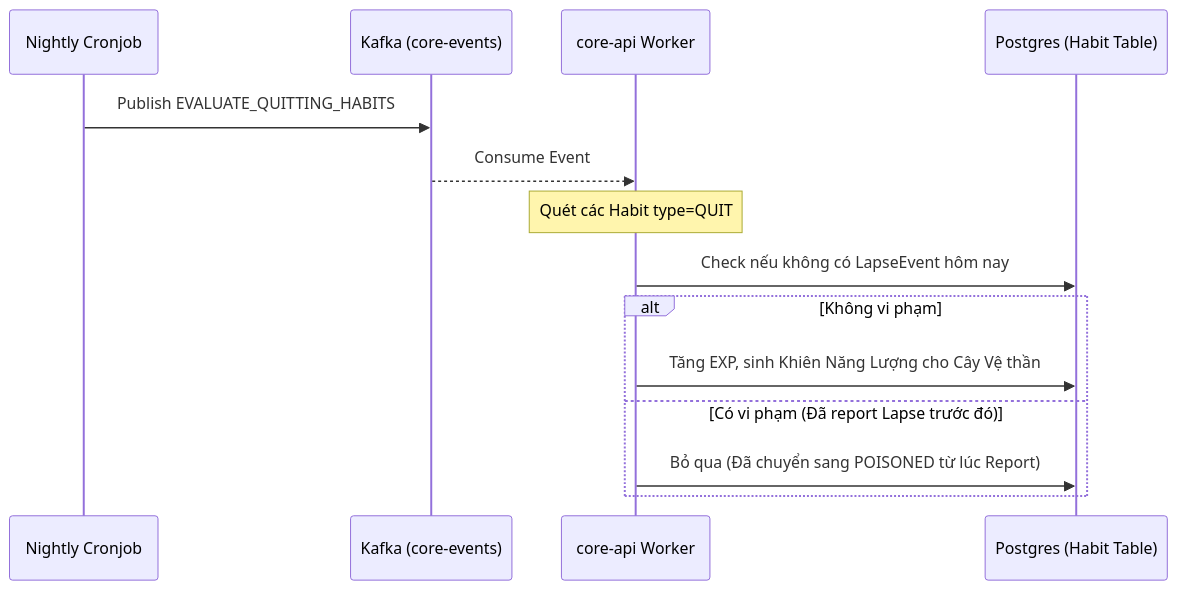
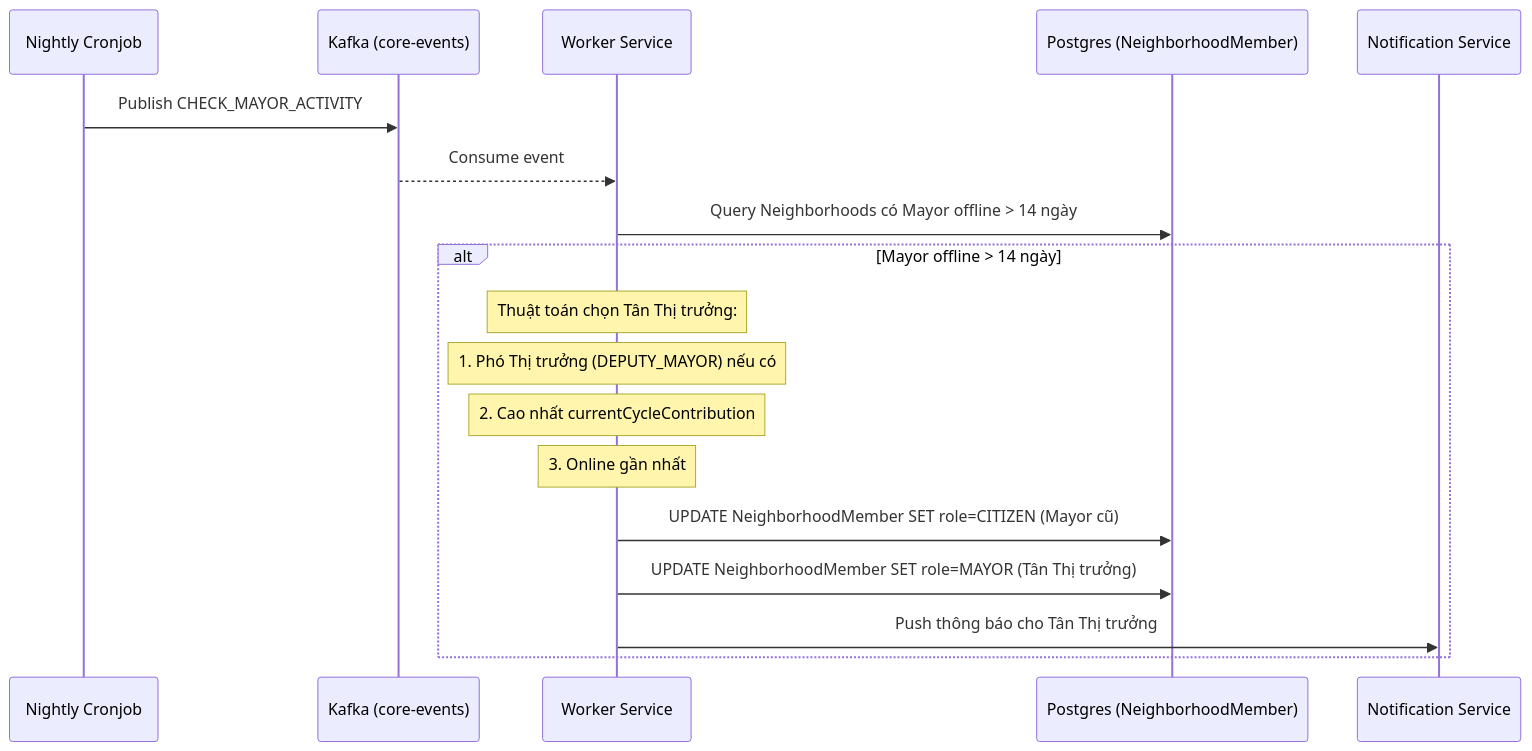
The fifth of 6 diagrams in docs/03_system_architecture_diagrams.md (minhle106cse/distributed-social-platform), drawn with Mermaid before and after one commit. The commit also changed other lines of this file and 11 other files, not shown here.

````diff
--- a/docs/03_system_architecture_diagrams.md
+++ b/docs/03_system_architecture_diagrams.md
@@ -198,17 +214,22 @@
 ```mermaid
 sequenceDiagram
     participant Cronjob as Nightly Cronjob
     participant Kafka as Kafka (core-events)
-    participant Worker as core-api Worker
-    participant DB as Postgres (Habit Table)
+    participant Worker as Worker Service
+    participant DB as Postgres (NeighborhoodMember)
+    participant NotifSvc as Notification Service
 
-    Cronjob->>Kafka: Publish EVALUATE_QUITTING_HABITS
-    Kafka-->>Worker: Consume Event
-    Note over Worker: Quét các Habit type=QUIT
-    Worker->>DB: Check nếu không có LapseEvent hôm nay
-    alt Không vi phạm
-        Worker->>DB: Tăng EXP, sinh Khiên Năng Lượng cho Cây Vệ thần
-    else Có vi phạm (Đã report Lapse trước đó)
-        Worker->>DB: Bỏ qua (Đã chuyển sang POISONED từ lúc Report)
+    Cronjob->>Kafka: Publish CHECK_MAYOR_ACTIVITY
+    Kafka-->>Worker: Consume event
+    Worker->>DB: Query Neighborhoods có Mayor offline > 14 ngày
+
+    alt Mayor offline > 14 ngày
+        Note over Worker: Thuật toán chọn Tân Thị trưởng:
+        Note over Worker: 1. Phó Thị trưởng (DEPUTY_MAYOR) nếu có
+        Note over Worker: 2. Cao nhất currentCycleContribution
+        Note over Worker: 3. Online gần nhất
+        Worker->>DB: UPDATE NeighborhoodMember SET role=CITIZEN (Mayor cũ)
+        Worker->>DB: UPDATE NeighborhoodMember SET role=MAYOR (Tân Thị trưởng)
+        Worker->>NotifSvc: Push thông báo cho Tân Thị trưởng
     end
 ```
````
